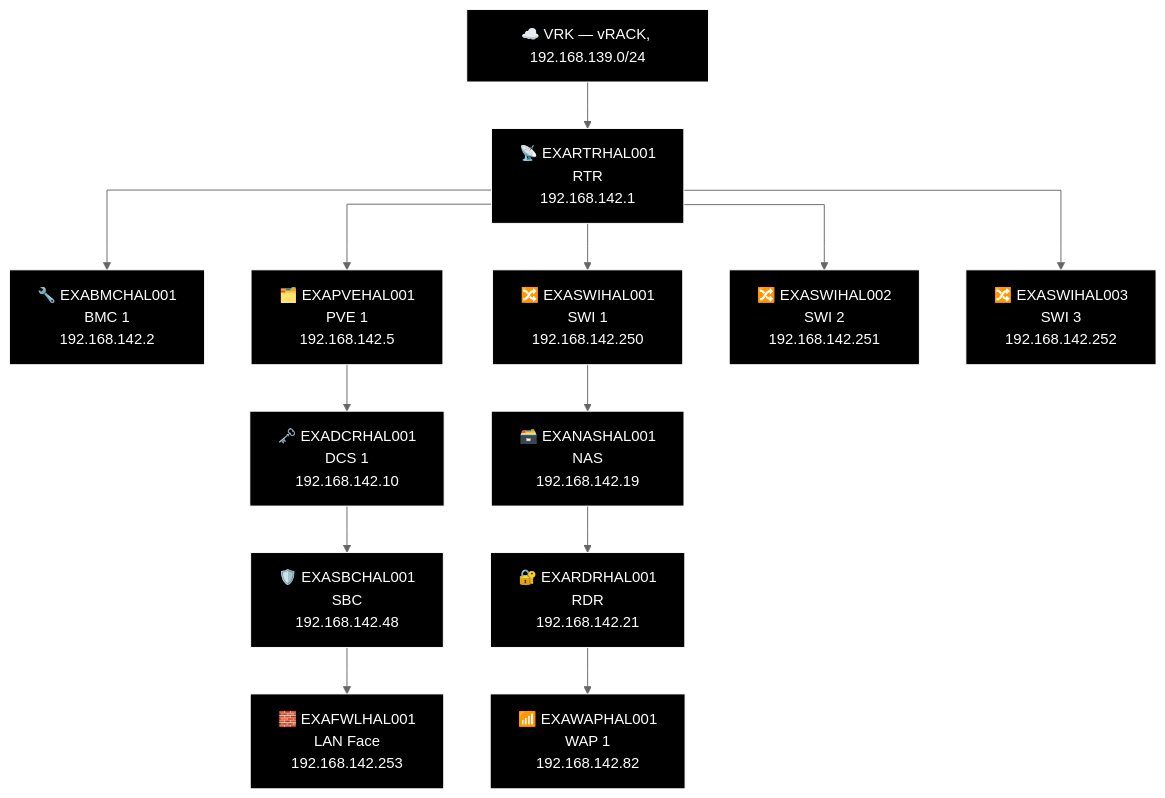
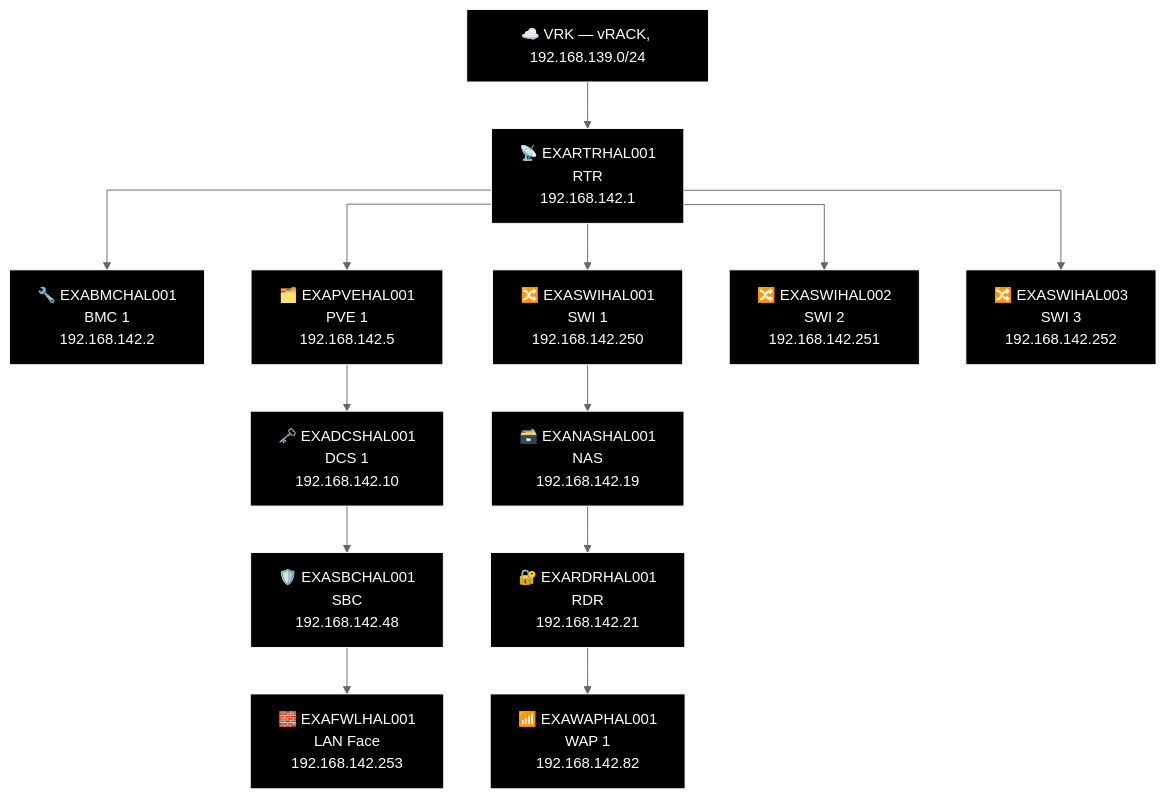
Before and after one commit to knightmare2600/example_music_infra: diagram 21 of 27 in docs/network-diagram/england.md, drawn with Mermaid (neutral theme). The commit also changed other lines of this file and 11 other files, not shown here.

````diff
--- a/docs/network-diagram/england.md
+++ b/docs/network-diagram/england.md
@@ -977,40 +977,40 @@
 ```mermaid
 %% GENERATED:TOPOLOGY:HAL:START
 %%{init: {'flowchart': {'curve': 'stepAfter'}}}%%
 graph TD
     T_VRK["☁️ VRK — vRACK, 192.168.139.0/24"]
     T_RTR["📡 EXARTRHAL001<br/>RTR<br/>192.168.142.1"]
     T_VRK --> T_RTR
     T_BMC["🔧 EXABMCHAL001<br/>BMC 1<br/>192.168.142.2"]
     T_RTR --> T_BMC
     T_PVE["🗂️ EXAPVEHAL001<br/>PVE 1<br/>192.168.142.5"]
     T_RTR --> T_PVE
     T_SWI["🔀 EXASWIHAL001<br/>SWI 1<br/>192.168.142.250"]
     T_RTR --> T_SWI
     T_SWI2["🔀 EXASWIHAL002<br/>SWI 2<br/>192.168.142.251"]
     T_RTR --> T_SWI2
     T_SWI3["🔀 EXASWIHAL003<br/>SWI 3<br/>192.168.142.252"]
     T_RTR --> T_SWI3
     T_NAS["🗃️ EXANASHAL001<br/>NAS<br/>192.168.142.19"]
     T_RDR["🔐 EXARDRHAL001<br/>RDR<br/>192.168.142.21"]
     T_WAP["📶 EXAWAPHAL001<br/>WAP 1<br/>192.168.142.82"]
     T_SWI --> T_NAS --> T_RDR --> T_WAP
-    T_DCS["🗝️ EXADCRHAL001<br/>DCS 1<br/>192.168.142.10"]
+    T_DCS["🗝️ EXADCSHAL001<br/>DCS 1<br/>192.168.142.10"]
     T_SBC["🛡️ EXASBCHAL001<br/>SBC<br/>192.168.142.48"]
     T_FWL["🧱 EXAFWLHAL001<br/>LAN Face<br/>192.168.142.253"]
     T_PVE --> T_DCS --> T_SBC --> T_FWL
     style T_VRK fill:#000000,stroke:#FFFFFF,color:#FFFFFF
     style T_RTR fill:#000000,stroke:#FFFFFF,color:#FFFFFF
     style T_BMC fill:#000000,stroke:#FFFFFF,color:#FFFFFF
     style T_PVE fill:#000000,stroke:#FFFFFF,color:#FFFFFF
     style T_SWI fill:#000000,stroke:#FFFFFF,color:#FFFFFF
     style T_SWI2 fill:#000000,stroke:#FFFFFF,color:#FFFFFF
     style T_SWI3 fill:#000000,stroke:#FFFFFF,color:#FFFFFF
     style T_NAS fill:#000000,stroke:#FFFFFF,color:#FFFFFF
     style T_RDR fill:#000000,stroke:#FFFFFF,color:#FFFFFF
     style T_WAP fill:#000000,stroke:#FFFFFF,color:#FFFFFF
     style T_DCS fill:#000000,stroke:#FFFFFF,color:#FFFFFF
     style T_SBC fill:#000000,stroke:#FFFFFF,color:#FFFFFF
     style T_FWL fill:#000000,stroke:#FFFFFF,color:#FFFFFF
 %% GENERATED:TOPOLOGY:HAL:END
 ```
````
